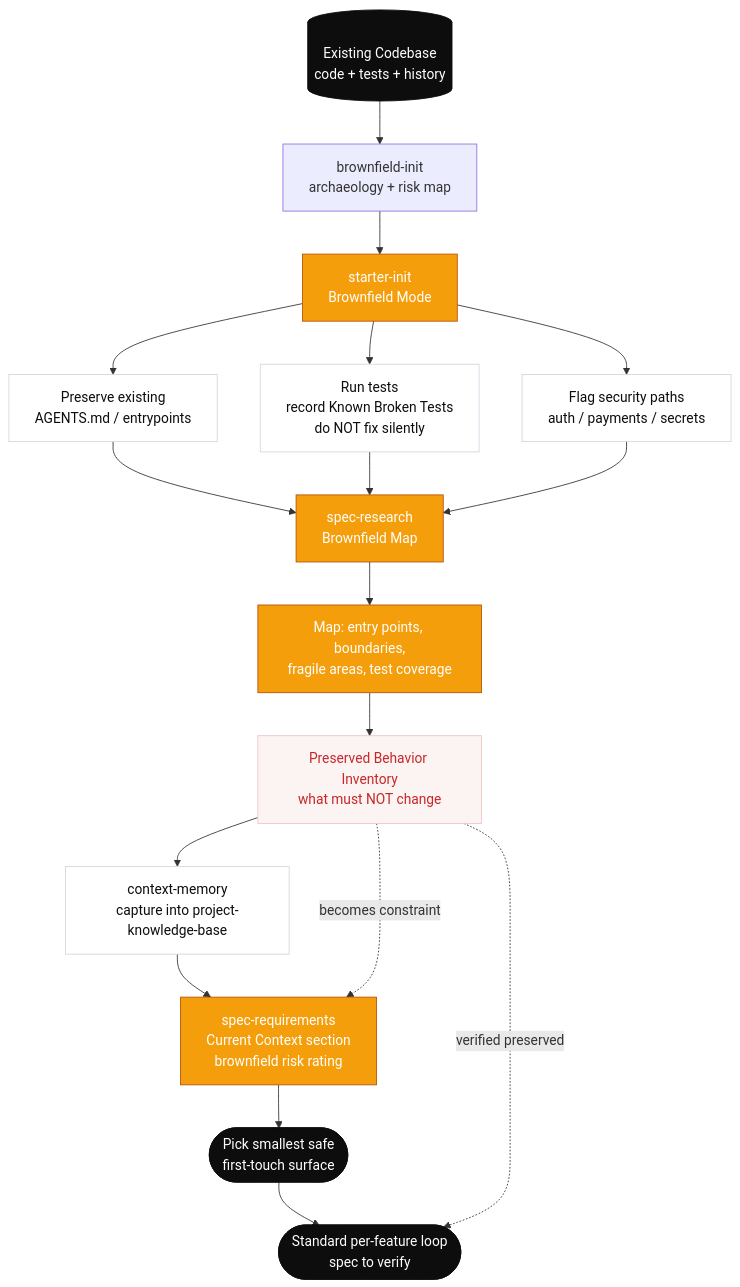
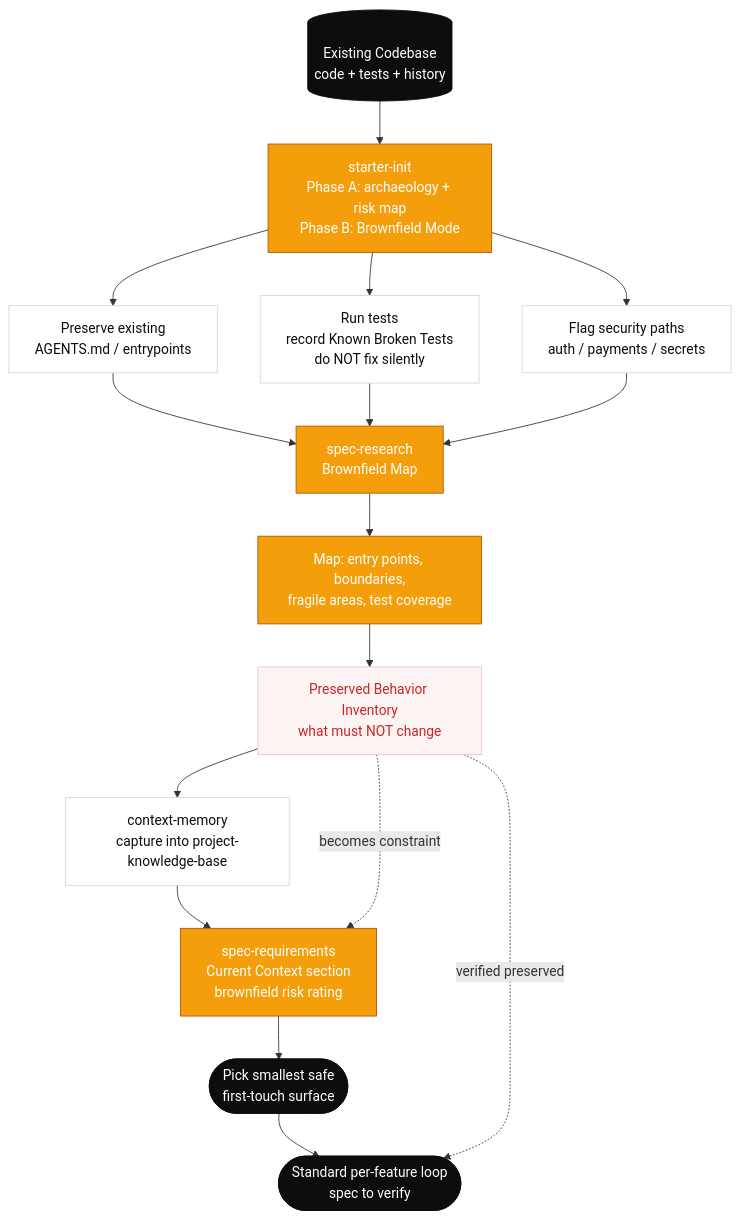
One commit to thaihai-swe/CoreZero-Nexus changed the second of 2 diagrams in documents/adoption-strategies.md. Above: the diagram before and after it, drawn with Mermaid. The commit also changed 66 other files, not shown here.

Commit message:
Refactor code structure for improved readability and maintainability; removed redundant code blocks and optimized existing functions.

````diff
--- a/documents/adoption-strategies.md
+++ b/documents/adoption-strategies.md
@@ -150,36 +150,35 @@
 ```mermaid
 flowchart TD
     %% Brownfield Reverse Flow — understand before changing
 
-    CODE[(Existing Codebase<br/>code + tests + history)] --> ARCH[brownfield-init<br/>archaeology + risk map]
-    ARCH --> INIT[starter-init<br/>Brownfield Mode]
+    CODE[(Existing Codebase<br/>code + tests + history)] --> INIT["starter-init<br/>Phase A: archaeology + risk map<br/>Phase B: Brownfield Mode"]
 
     INIT --> PRESERVE[Preserve existing<br/>AGENTS.md / entrypoints]
     INIT --> BROKEN[Run tests<br/>record Known Broken Tests<br/>do NOT fix silently]
     INIT --> FLAG[Flag security paths<br/>auth / payments / secrets]
 
     PRESERVE --> RESEARCH
     BROKEN --> RESEARCH
     FLAG --> RESEARCH[spec-research<br/>Brownfield Map]
 
     RESEARCH --> MAP[Map: entry points, boundaries,<br/>fragile areas, test coverage]
     MAP --> INV[Preserved Behavior Inventory<br/>what must NOT change]
     INV --> MEM[context-memory<br/>capture into project-knowledge-base]
 
     MEM --> SPEC[spec-requirements<br/>Current Context section<br/>brownfield risk rating]
     SPEC --> SAFE([Pick smallest safe<br/>first-touch surface])
     SAFE --> LOOP([Standard per-feature loop<br/>spec to verify])
 
     INV -.->|becomes constraint| SPEC
     INV -.->|verified preserved| LOOP
 
     classDef terminal fill:#0d0d0d,stroke:#0d0d0d,color:#fff
     classDef brown fill:#f59e0b,stroke:#b45309,color:#fff
     classDef step fill:#fff,stroke:#d0d7de,color:#0d0d0d
     classDef preserve fill:#fcf3f3,stroke:#f2c4c4,color:#c62828
 
     class CODE,SAFE,LOOP terminal
     class INIT,RESEARCH,MAP,SPEC brown
     class PRESERVE,BROKEN,FLAG,MEM step
     class INV preserve
 ```
````
